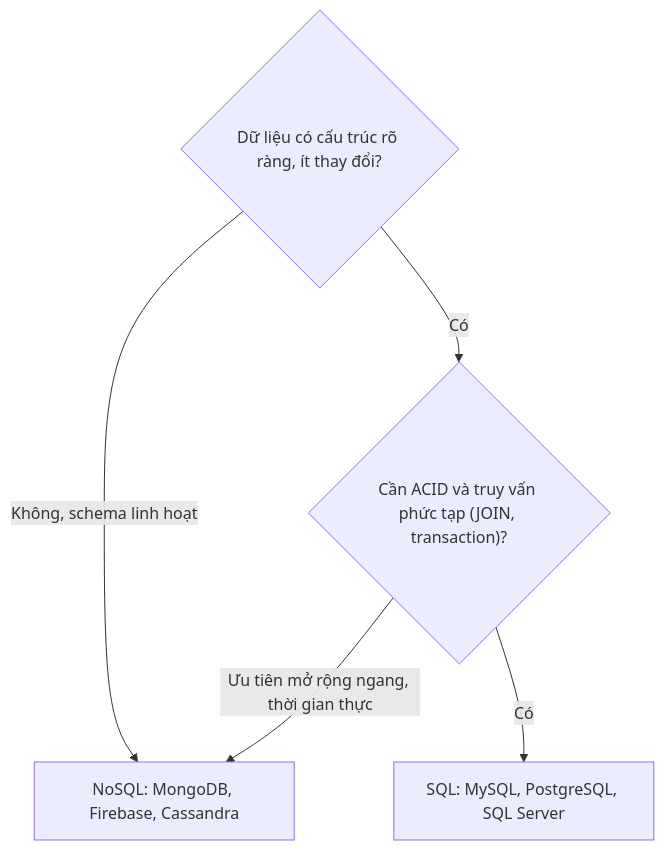
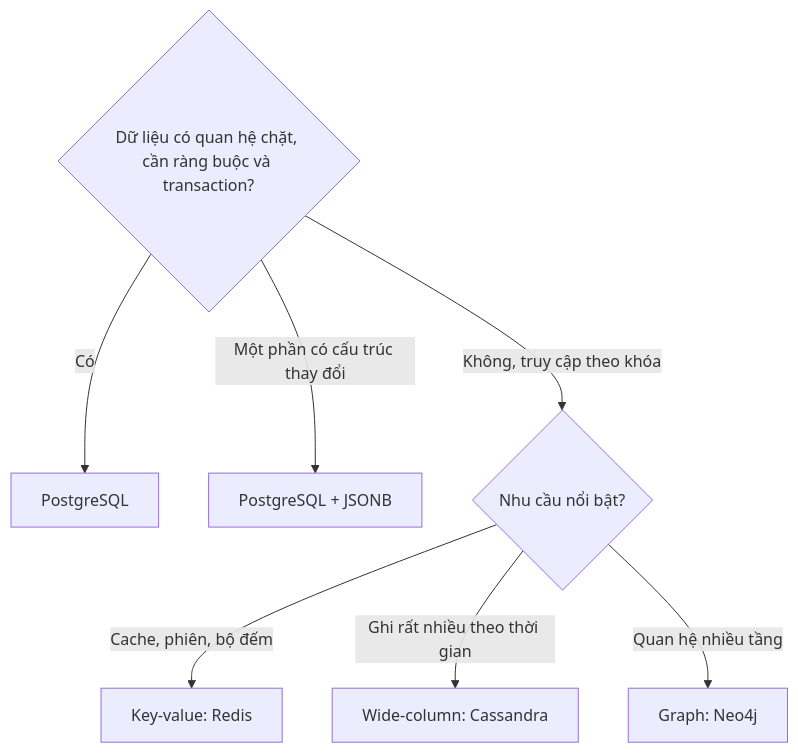
Before and after one commit to TienNHM/sql-challenge: the diagram in lessons/26-sql-nosql.md, drawn with Mermaid. The commit also changed other lines of this file and 137 other files, not shown here.

First line of the commit message:
feat: chuyển khóa học sang PostgreSQL 16 với bộ dữ liệu chung DSC Shop

````diff
--- a/lessons/26-sql-nosql.md
+++ b/lessons/26-sql-nosql.md
@@ -40,7 +147,9 @@
 ```mermaid
 flowchart TD
-    A{"Dữ liệu có cấu trúc rõ ràng, ít thay đổi?"} -->|"Không, schema linh hoạt"| D["NoSQL: MongoDB, Firebase, Cassandra"]
-    A -->|"Có"| B{"Cần ACID và truy vấn phức tạp (JOIN, transaction)?"}
-    B -->|"Có"| C["SQL: MySQL, PostgreSQL, SQL Server"]
-    B -->|"Ưu tiên mở rộng ngang, thời gian thực"| D
+    A{"Dữ liệu có quan hệ chặt, cần ràng buộc và transaction?"} -->|"Có"| B["PostgreSQL"]
+    A -->|"Một phần có cấu trúc thay đổi"| C["PostgreSQL + JSONB"]
+    A -->|"Không, truy cập theo khóa"| D{"Nhu cầu nổi bật?"}
+    D -->|"Cache, phiên, bộ đếm"| E["Key-value: Redis"]
+    D -->|"Ghi rất nhiều theo thời gian"| F["Wide-column: Cassandra"]
+    D -->|"Quan hệ nhiều tầng"| G["Graph: Neo4j"]
 ```
````
